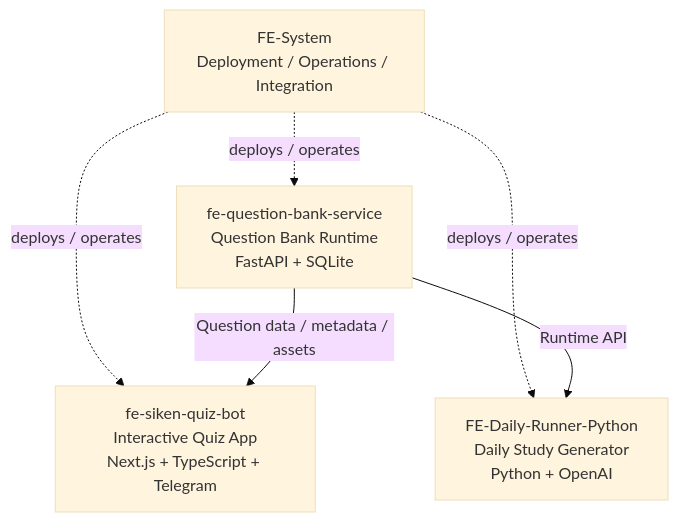
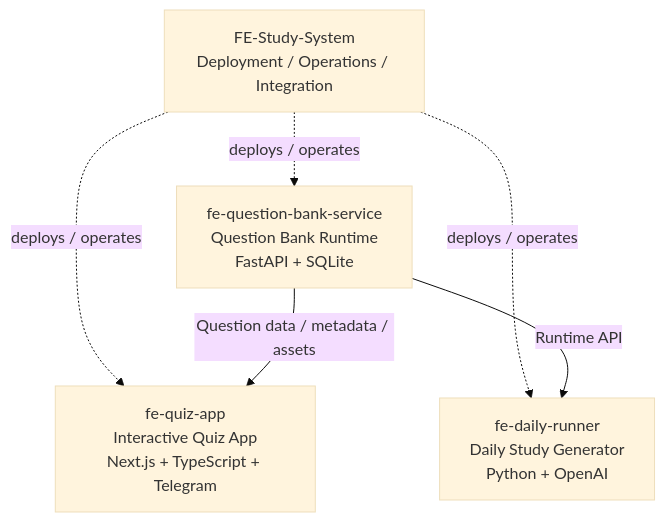
One commit to zcorw/FE-System changed the diagram in README.md. Above: the diagram before and after it, drawn with Mermaid (base theme). The commit also changed other lines of this file, not shown here.

Commit message:
Rename repository references from FE-System to FE-Study-System

````diff
--- a/README.md
+++ b/README.md
@@ -11,15 +11,15 @@
 ```mermaid
 flowchart TD
-    SYS["FE-System<br/>Deployment / Operations / Integration"]
+    SYS["FE-Study-System<br/>Deployment / Operations / Integration"]
 
     QB["fe-question-bank-service<br/>Question Bank Runtime<br/>FastAPI + SQLite"]
-    QUIZ["fe-siken-quiz-bot<br/>Interactive Quiz App<br/>Next.js + TypeScript + Telegram"]
-    DAILY["FE-Daily-Runner-Python<br/>Daily Study Generator<br/>Python + OpenAI"]
+    QUIZ["fe-quiz-app<br/>Interactive Quiz App<br/>Next.js + TypeScript + Telegram"]
+    DAILY["fe-daily-runner<br/>Daily Study Generator<br/>Python + OpenAI"]
 
     SYS -. deploys / operates .-> QB
     SYS -. deploys / operates .-> QUIZ
     SYS -. deploys / operates .-> DAILY
 
     QB -->|"Question data / metadata / assets"| QUIZ
     QB -->|"Runtime API"| DAILY
 ```
````
